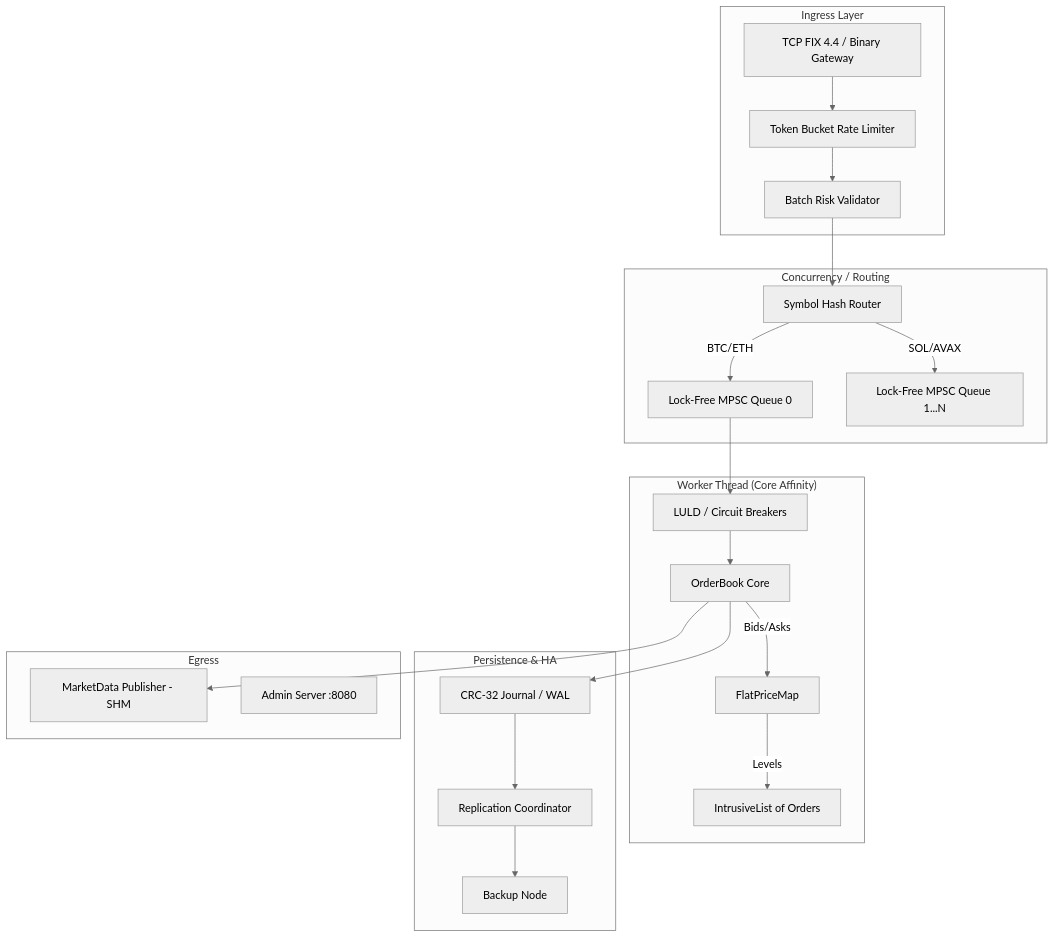
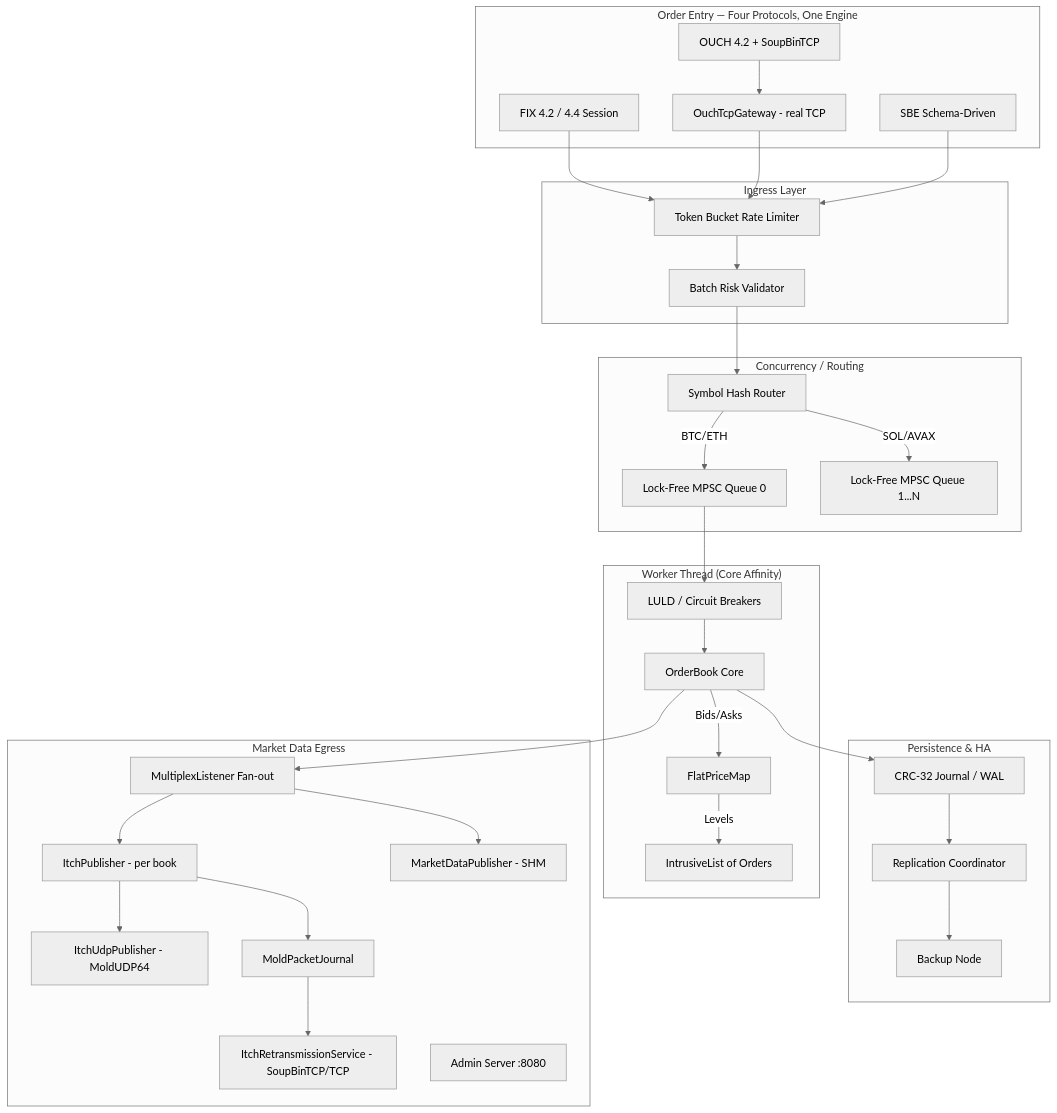
Before and after one commit to AtharvaPatil466/Order-Matching-Engine: the diagram in Architecture.md, drawn with Mermaid (neutral theme). The commit also changed other lines of this file and 8 other files, not shown here.

````diff
--- a/Architecture.md
+++ b/Architecture.md
@@ -27,40 +27,59 @@
 ```mermaid
 graph TD
+    subgraph "Order Entry — Four Protocols, One Engine"
+        FIX[FIX 4.2 / 4.4 Session]
+        OUCH[OUCH 4.2 + SoupBinTCP]
+        SBE[SBE Schema-Driven]
+        OuchGW[OuchTcpGateway - real TCP]
+    end
+
     subgraph "Ingress Layer"
-        TCP[TCP FIX 4.4 / Binary Gateway]
         RL[Token Bucket Rate Limiter]
         BR[Batch Risk Validator]
     end
 
     subgraph "Concurrency / Routing"
         Hash[Symbol Hash Router]
         Q1[Lock-Free MPSC Queue 0]
         Q2[Lock-Free MPSC Queue 1...N]
     end
 
     subgraph "Worker Thread (Core Affinity)"
         CB[LULD / Circuit Breakers]
         OB[OrderBook Core]
         OB --> |Bids/Asks| FPM[FlatPriceMap]
         FPM --> |Levels| IL[IntrusiveList of Orders]
     end
 
     subgraph "Persistence & HA"
         WAL[CRC-32 Journal / WAL]
         REP[Replication Coordinator]
         BK[Backup Node]
     end
 
-    subgraph "Egress"
-        MD[MarketData Publisher - SHM]
+    subgraph "Market Data Egress"
+        MUX[MultiplexListener Fan-out]
+        ITCH[ItchPublisher - per book]
+        SHM[MarketDataPublisher - SHM]
+        UDP[ItchUdpPublisher - MoldUDP64]
+        JRN[MoldPacketJournal]
+        RETX[ItchRetransmissionService - SoupBinTCP/TCP]
         Admin[Admin Server :8080]
     end
 
-    TCP --> RL --> BR --> Hash
+    FIX --> RL
+    OUCH --> OuchGW --> RL
+    SBE --> RL
+    RL --> BR --> Hash
     Hash -->|BTC/ETH| Q1
     Hash -->|SOL/AVAX| Q2
     Q1 --> CB --> OB
     OB --> WAL
     WAL --> REP --> BK
-    OB --> MD
+    OB --> MUX
+    MUX --> ITCH
+    MUX --> SHM
+    ITCH --> UDP
+    ITCH --> JRN
+    JRN --> RETX
 ```
````
